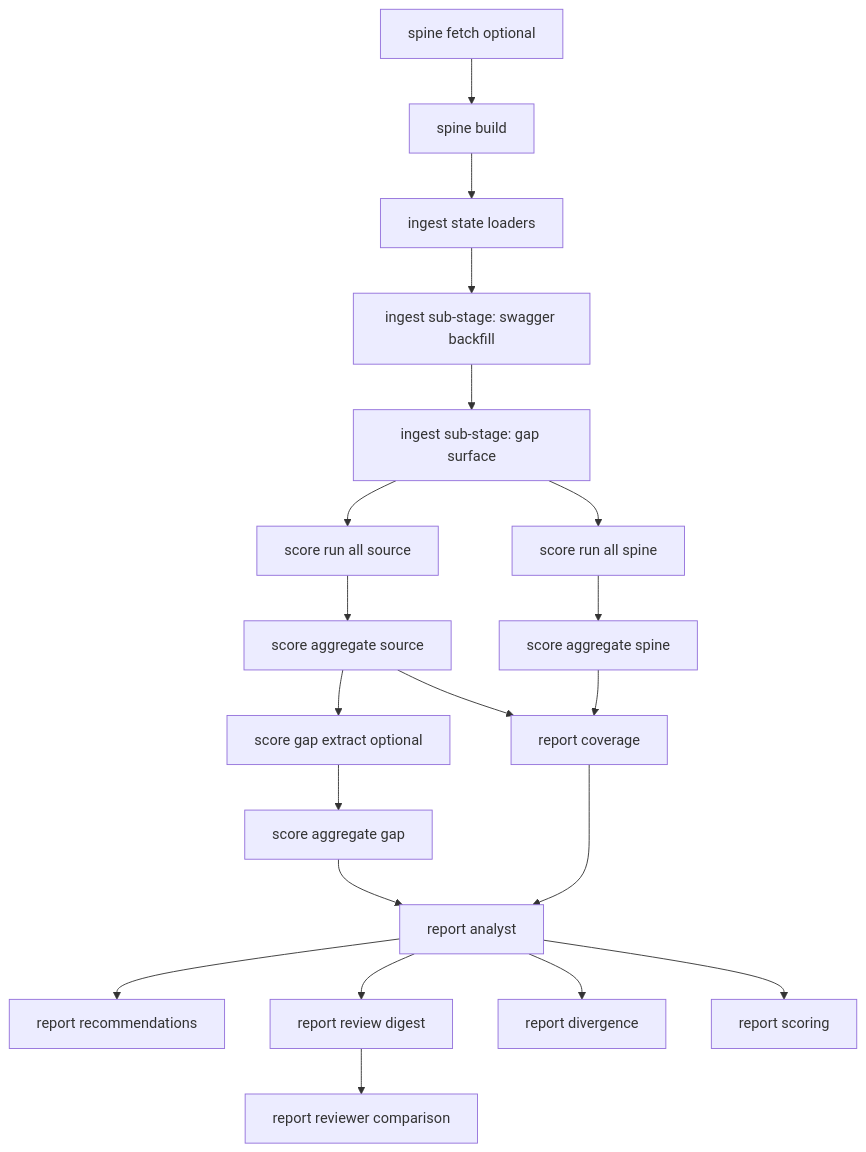
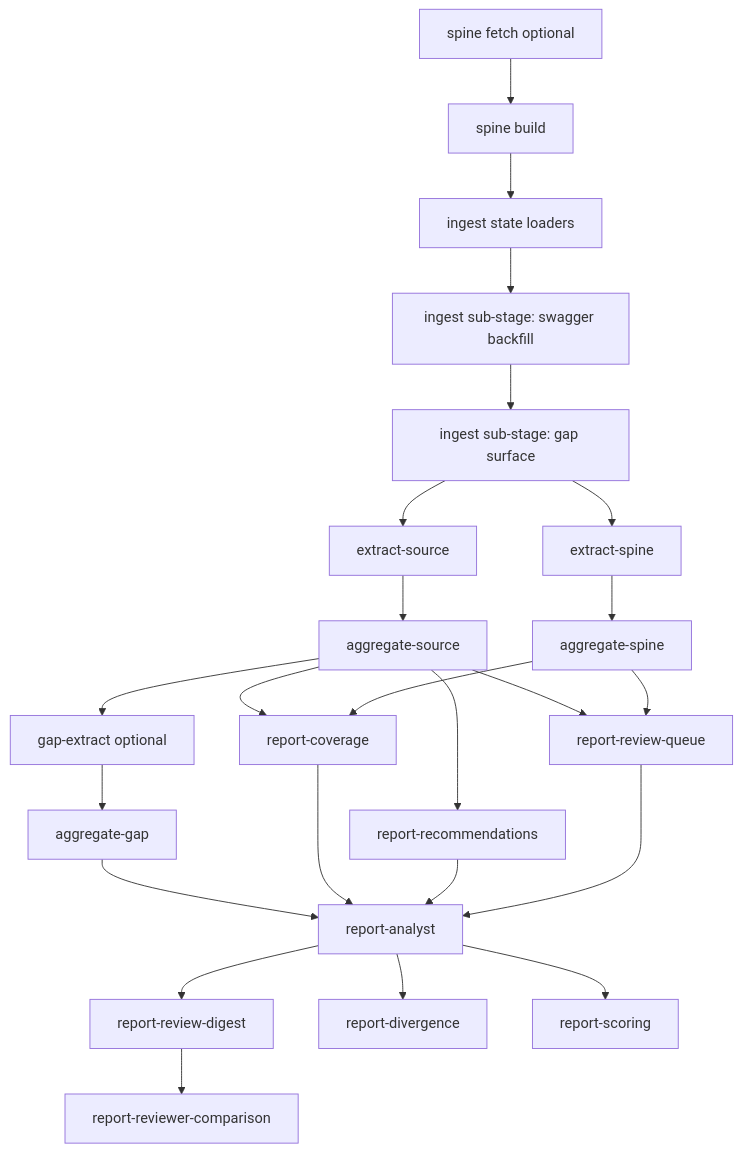
The first of 2 diagrams in docs/design/Orchestrated Flow.md (touchdownllc/Metadata-Catalog), drawn with Mermaid before and after one commit. The commit also changed other lines of this file, not shown here.

Commit message:
Update flow document

````diff
--- a/docs/design/Orchestrated Flow.md
+++ b/docs/design/Orchestrated Flow.md
@@ -47,22 +47,26 @@
 ```mermaid
 graph TD
     A[spine fetch optional] --> B[spine build]
     B --> C[ingest state loaders]
     C --> D[ingest sub-stage: swagger backfill]
     D --> E[ingest sub-stage: gap surface]
-    E --> F1[score run all source]
-    E --> F2[score run all spine]
-    F1 --> G1[score aggregate source]
-    F2 --> G2[score aggregate spine]
-    G1 --> H1[score gap extract optional]
-    H1 --> H2[score aggregate gap]
-    G1 --> I1[report coverage]
+    E --> F1[extract-source]
+    E --> F2[extract-spine]
+    F1 --> G1[aggregate-source]
+    F2 --> G2[aggregate-spine]
+    G1 --> H1[gap-extract optional]
+    H1 --> H2[aggregate-gap]
+    G1 --> I1[report-coverage]
     G2 --> I1
-    H2 --> I2[report analyst]
+    G1 --> I3[report-recommendations]
+    G1 --> I8[report-review-queue]
+    G2 --> I8
+    H2 --> I2[report-analyst]
     I1 --> I2
-    I2 --> I3[report recommendations]
-    I2 --> I4[report review digest]
-    I4 --> I5[report reviewer comparison]
-    I2 --> I6[report divergence]
-    I2 --> I7[report scoring]
+    I3 --> I2
+    I8 --> I2
+    I2 --> I4[report-review-digest]
+    I4 --> I5[report-reviewer-comparison]
+    I2 --> I6[report-divergence]
+    I2 --> I7[report-scoring]
 ```
````
